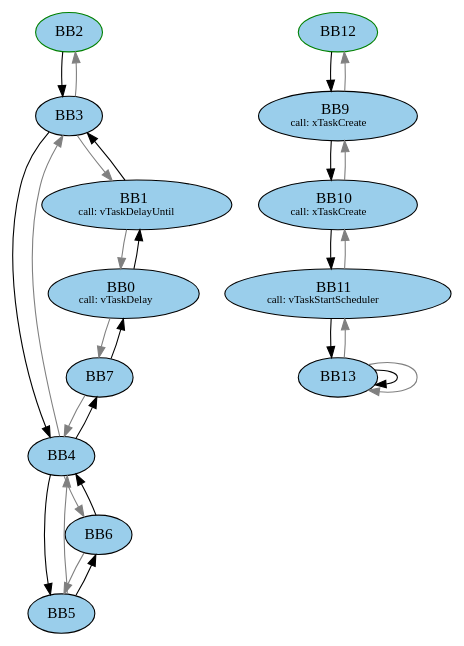
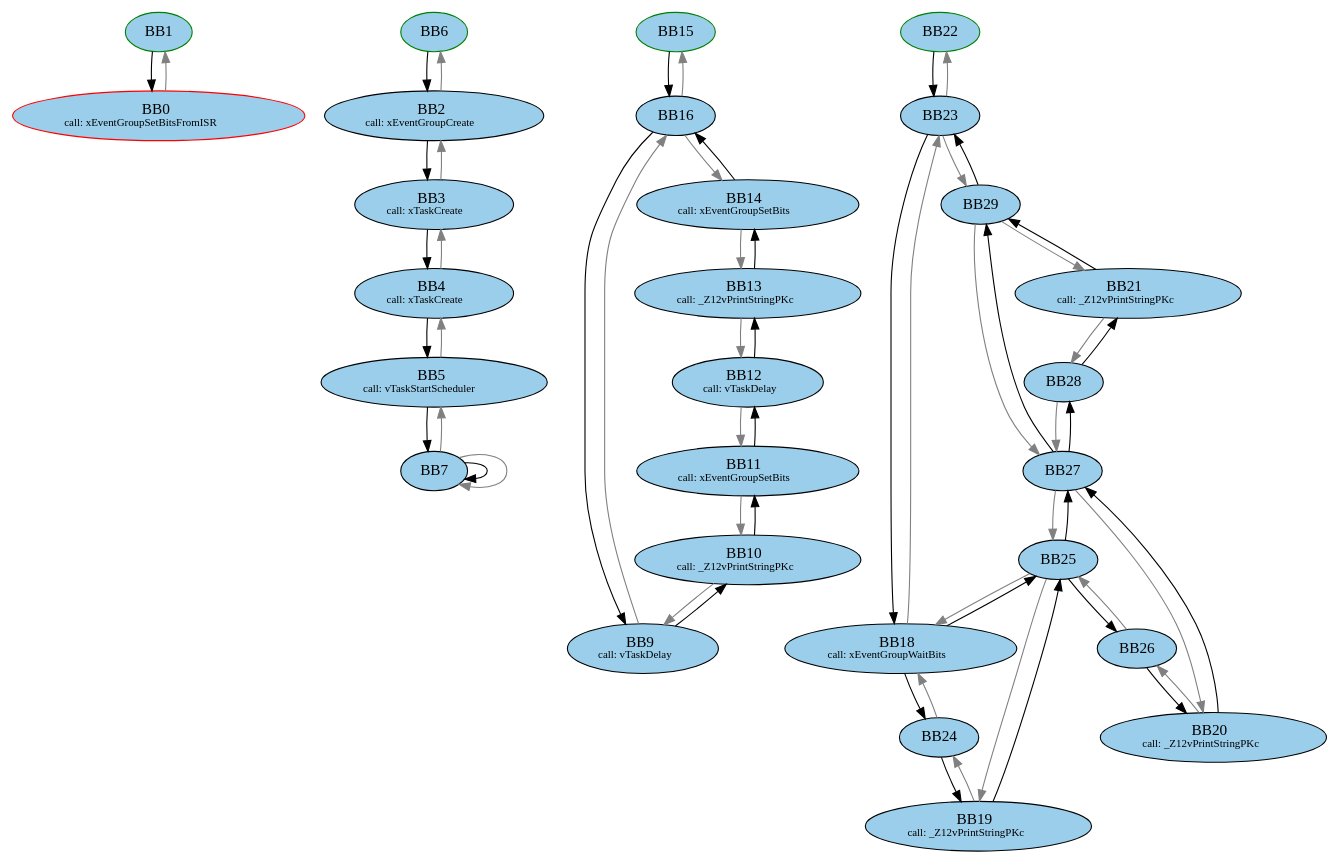
Before and after one commit to luhsra/ara: the diagram in bbs_before_merge/functions_overview.dot, drawn with Graphviz. The commit also changed 4 other files, not shown here.

```diff
--- a/bbs_before_merge/functions_overview.dot
+++ b/bbs_before_merge/functions_overview.dot
@@ -1,60 +1,130 @@
 digraph G {
-	subgraph _Z13vTaskFunctionPv{
+	subgraph _Z20ulEventBitSettingISRv{
 		node [style=filled];
-		"BB2" "BB3" "BB4" "BB5" "BB7" "BB6" "BB0" "BB1" ;
-		BB2 -> BB3;
-		BB2[fillcolor="#9ACEEB" style=filled];
-		BB3 -> BB4;
-		BB3[fillcolor="#9ACEEB" style=filled];
-		BB3 -> BB2[color=grey];
-		BB3 -> BB1[color=grey];
-		BB4 -> BB5;
-		BB4 -> BB7;
-		BB4[fillcolor="#9ACEEB" style=filled];
-		BB4 -> BB3[color=grey];
-		BB4 -> BB6[color=grey];
-		BB5 -> BB6;
-		BB5[fillcolor="#9ACEEB" style=filled];
-		BB5 -> BB4[color=grey];
-		BB7 -> BB0;
-		BB7[fillcolor="#9ACEEB" style=filled];
-		BB7 -> BB4[color=grey];
-		BB6 -> BB4;
-		BB6[fillcolor="#9ACEEB" style=filled];
-		BB6 -> BB5[color=grey];
-		BB0 -> BB1;
+		"BB1" "BB0" ;
+		BB1 -> BB0;
+		BB1[fillcolor="#9ACEEB" style=filled];
 		BB0[fillcolor="#9ACEEB" style=filled label=<BB0<BR />
-<FONT POINT-SIZE="10">call: vTaskDelay</FONT>>];
-		BB0 -> BB7[color=grey];
-		BB1 -> BB3;
-		BB1[fillcolor="#9ACEEB" style=filled label=<BB1<BR />
-<FONT POINT-SIZE="10">call: vTaskDelayUntil</FONT>>];
-		BB1 -> BB0[color=grey];
-		BB2 [color=green style=filled];
-		label = "_Z13vTaskFunctionPv";
+<FONT POINT-SIZE="10">call: xEventGroupSetBitsFromISR</FONT>>];
+		BB0 -> BB1[color=grey];
+		BB0 [color=red style=filled] ;
+		BB1 [color=green style=filled];
+		label = "_Z20ulEventBitSettingISRv";
 	}
 	subgraph main{
 		node [style=filled];
-		"BB12" "BB9" "BB10" "BB11" "BB13" ;
-		BB12 -> BB9;
-		BB12[fillcolor="#9ACEEB" style=filled];
+		"BB6" "BB2" "BB3" "BB4" "BB5" "BB7" ;
+		BB6 -> BB2;
+		BB6[fillcolor="#9ACEEB" style=filled];
+		BB2 -> BB3;
+		BB2[fillcolor="#9ACEEB" style=filled label=<BB2<BR />
+<FONT POINT-SIZE="10">call: xEventGroupCreate</FONT>>];
+		BB2 -> BB6[color=grey];
+		BB3 -> BB4;
+		BB3[fillcolor="#9ACEEB" style=filled label=<BB3<BR />
+<FONT POINT-SIZE="10">call: xTaskCreate</FONT>>];
+		BB3 -> BB2[color=grey];
+		BB4 -> BB5;
+		BB4[fillcolor="#9ACEEB" style=filled label=<BB4<BR />
+<FONT POINT-SIZE="10">call: xTaskCreate</FONT>>];
+		BB4 -> BB3[color=grey];
+		BB5 -> BB7;
+		BB5[fillcolor="#9ACEEB" style=filled label=<BB5<BR />
+<FONT POINT-SIZE="10">call: vTaskStartScheduler</FONT>>];
+		BB5 -> BB4[color=grey];
+		BB7 -> BB7;
+		BB7[fillcolor="#9ACEEB" style=filled];
+		BB7 -> BB5[color=grey];
+		BB7 -> BB7[color=grey];
+		BB6 [color=green style=filled];
+		label = "main";
+	}
+	subgraph _ZL20vEventBitSettingTaskPv{
+		node [style=filled];
+		"BB15" "BB16" "BB9" "BB10" "BB11" "BB12" "BB13" "BB14" ;
+		BB15 -> BB16;
+		BB15[fillcolor="#9ACEEB" style=filled];
+		BB16 -> BB9;
+		BB16[fillcolor="#9ACEEB" style=filled];
+		BB16 -> BB15[color=grey];
+		BB16 -> BB14[color=grey];
 		BB9 -> BB10;
 		BB9[fillcolor="#9ACEEB" style=filled label=<BB9<BR />
-<FONT POINT-SIZE="10">call: xTaskCreate</FONT>>];
-		BB9 -> BB12[color=grey];
+<FONT POINT-SIZE="10">call: vTaskDelay</FONT>>];
+		BB9 -> BB16[color=grey];
 		BB10 -> BB11;
 		BB10[fillcolor="#9ACEEB" style=filled label=<BB10<BR />
-<FONT POINT-SIZE="10">call: xTaskCreate</FONT>>];
+<FONT POINT-SIZE="10">call: _Z12vPrintStringPKc</FONT>>];
 		BB10 -> BB9[color=grey];
-		BB11 -> BB13;
+		BB11 -> BB12;
 		BB11[fillcolor="#9ACEEB" style=filled label=<BB11<BR />
-<FONT POINT-SIZE="10">call: vTaskStartScheduler</FONT>>];
+<FONT POINT-SIZE="10">call: xEventGroupSetBits</FONT>>];
 		BB11 -> BB10[color=grey];
-		BB13 -> BB13;
-		BB13[fillcolor="#9ACEEB" style=filled];
-		BB13 -> BB11[color=grey];
-		BB13 -> BB13[color=grey];
-		BB12 [color=green style=filled];
-		label = "main";
+		BB12 -> BB13;
+		BB12[fillcolor="#9ACEEB" style=filled label=<BB12<BR />
+<FONT POINT-SIZE="10">call: vTaskDelay</FONT>>];
+		BB12 -> BB11[color=grey];
+		BB13 -> BB14;
+		BB13[fillcolor="#9ACEEB" style=filled label=<BB13<BR />
+<FONT POINT-SIZE="10">call: _Z12vPrintStringPKc</FONT>>];
+		BB13 -> BB12[color=grey];
+		BB14 -> BB16;
+		BB14[fillcolor="#9ACEEB" style=filled label=<BB14<BR />
+<FONT POINT-SIZE="10">call: xEventGroupSetBits</FONT>>];
+		BB14 -> BB13[color=grey];
+		BB15 [color=green style=filled];
+		label = "_ZL20vEventBitSettingTaskPv";
+	}
+	subgraph _ZL20vEventBitReadingTaskPv{
+		node [style=filled];
+		"BB22" "BB23" "BB18" "BB24" "BB25" "BB19" "BB26" "BB27" "BB20" "BB28" "BB29" "BB21" ;
+		BB22 -> BB23;
+		BB22[fillcolor="#9ACEEB" style=filled];
+		BB23 -> BB18;
+		BB23[fillcolor="#9ACEEB" style=filled];
+		BB23 -> BB22[color=grey];
+		BB23 -> BB29[color=grey];
+		BB18 -> BB24;
+		BB18 -> BB25;
+		BB18[fillcolor="#9ACEEB" style=filled label=<BB18<BR />
+<FONT POINT-SIZE="10">call: xEventGroupWaitBits</FONT>>];
+		BB18 -> BB23[color=grey];
+		BB24 -> BB19;
+		BB24[fillcolor="#9ACEEB" style=filled];
+		BB24 -> BB18[color=grey];
+		BB25 -> BB26;
+		BB25 -> BB27;
+		BB25[fillcolor="#9ACEEB" style=filled];
+		BB25 -> BB18[color=grey];
+		BB25 -> BB19[color=grey];
+		BB19 -> BB25;
+		BB19[fillcolor="#9ACEEB" style=filled label=<BB19<BR />
+<FONT POINT-SIZE="10">call: _Z12vPrintStringPKc</FONT>>];
+		BB19 -> BB24[color=grey];
+		BB26 -> BB20;
+		BB26[fillcolor="#9ACEEB" style=filled];
+		BB26 -> BB25[color=grey];
+		BB27 -> BB28;
+		BB27 -> BB29;
+		BB27[fillcolor="#9ACEEB" style=filled];
+		BB27 -> BB25[color=grey];
+		BB27 -> BB20[color=grey];
+		BB20 -> BB27;
+		BB20[fillcolor="#9ACEEB" style=filled label=<BB20<BR />
+<FONT POINT-SIZE="10">call: _Z12vPrintStringPKc</FONT>>];
+		BB20 -> BB26[color=grey];
+		BB28 -> BB21;
+		BB28[fillcolor="#9ACEEB" style=filled];
+		BB28 -> BB27[color=grey];
+		BB29 -> BB23;
+		BB29[fillcolor="#9ACEEB" style=filled];
+		BB29 -> BB27[color=grey];
+		BB29 -> BB21[color=grey];
+		BB21 -> BB29;
+		BB21[fillcolor="#9ACEEB" style=filled label=<BB21<BR />
+<FONT POINT-SIZE="10">call: _Z12vPrintStringPKc</FONT>>];
+		BB21 -> BB28[color=grey];
+		BB22 [color=green style=filled];
+		label = "_ZL20vEventBitReadingTaskPv";
 	}
 }
```
